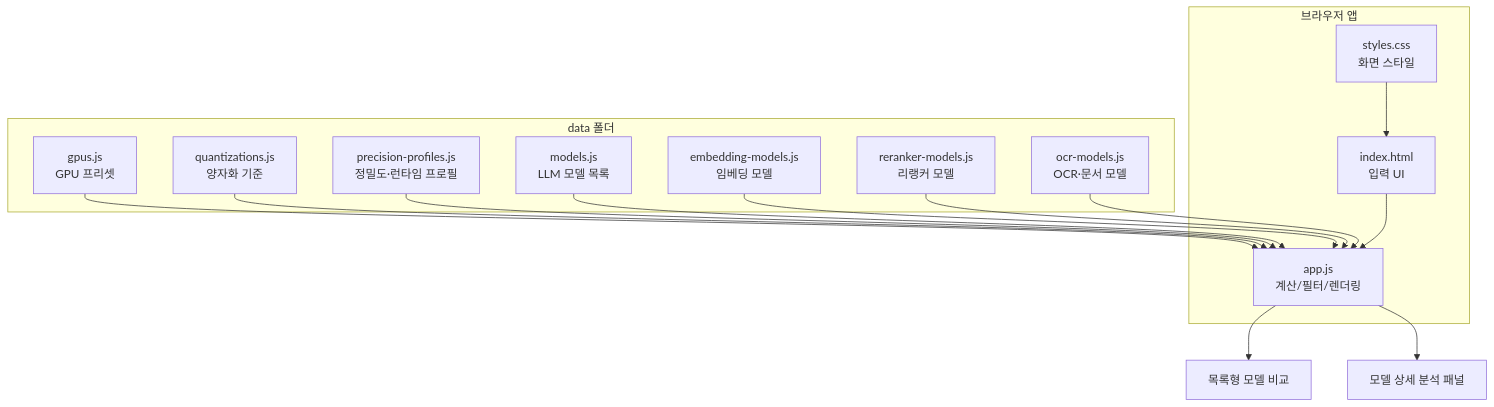
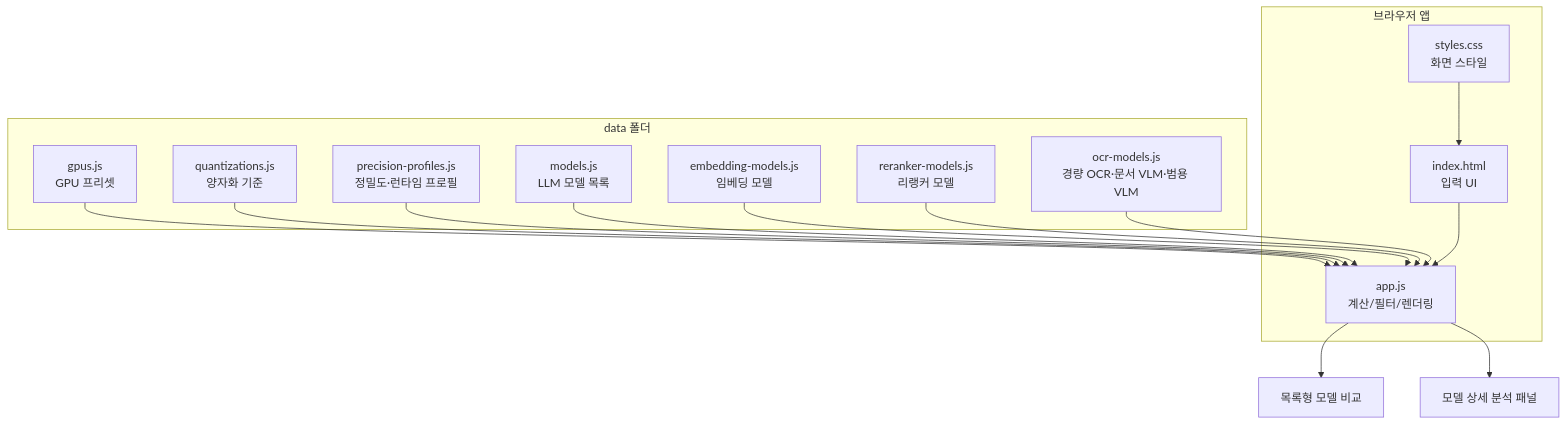
The third of 3 diagrams in README.md (jaeseok614/llm-gpu-checker-ko), drawn with Mermaid before and after one commit. The commit also changed other lines of this file and 8 other files, not shown here.

````diff
--- a/README.md
+++ b/README.md
@@ -569,30 +601,30 @@
 ```mermaid
 flowchart TB
   subgraph Data[data 폴더]
     G[gpus.js<br/>GPU 프리셋]
     Q[quantizations.js<br/>양자화 기준]
     P[precision-profiles.js<br/>정밀도·런타임 프로필]
     M[models.js<br/>LLM 모델 목록]
     E[embedding-models.js<br/>임베딩 모델]
     R[reranker-models.js<br/>리랭커 모델]
-    O[ocr-models.js<br/>OCR·문서 모델]
+    O[ocr-models.js<br/>경량 OCR·문서 VLM·범용 VLM]
   end
 
   subgraph App[브라우저 앱]
     UI[index.html<br/>입력 UI]
     Logic[app.js<br/>계산/필터/렌더링]
     Style[styles.css<br/>화면 스타일]
   end
 
   G --> Logic
   Q --> Logic
   P --> Logic
   M --> Logic
   E --> Logic
   R --> Logic
   O --> Logic
   UI --> Logic
   Style --> UI
   Logic --> List[목록형 모델 비교]
   Logic --> Detail[모델 상세 분석 패널]
 ```
````
